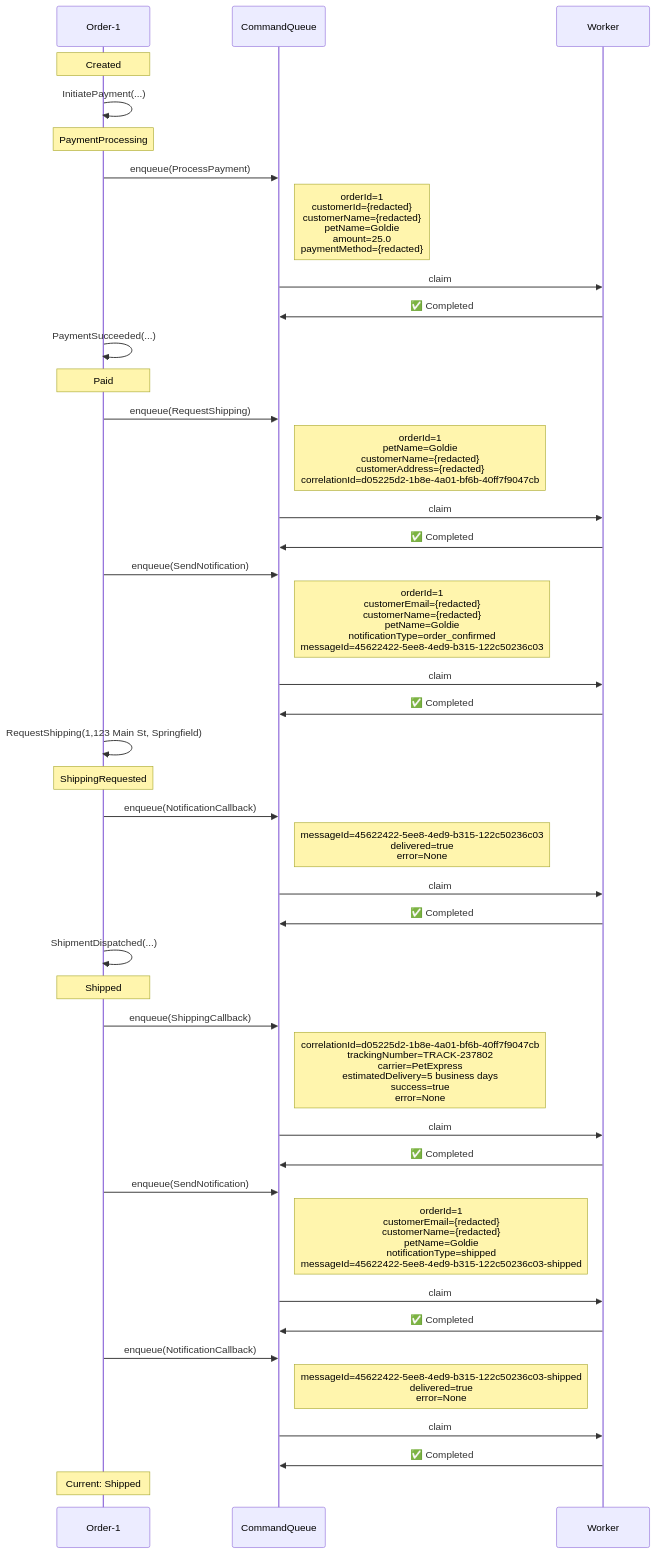
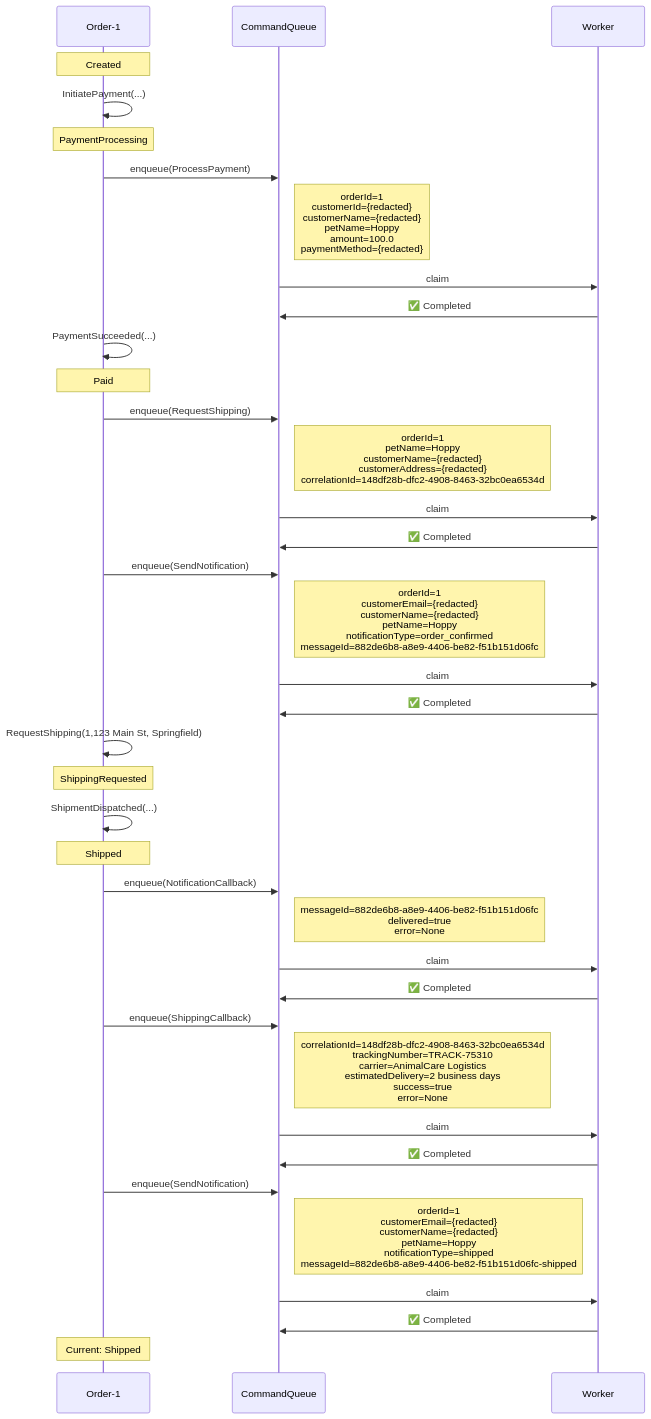
One commit to Iterable/mechanoid changed the first of 3 diagrams in docs/visualizations/order-1-trace.md. Above: the diagram before and after it, drawn with Mermaid. The commit also changed other lines of this file and 23 other files, not shown here.

````diff
--- a/docs/visualizations/order-1-trace.md
+++ b/docs/visualizations/order-1-trace.md
@@ -11,46 +11,42 @@
 ```mermaid
 %%{init: {'themeCSS': '.noteText { text-align: left !important; }'}}%%
 sequenceDiagram
     participant FSM as Order-1
     participant CQ as CommandQueue
     participant W as Worker
 
     Note over FSM: Created
     FSM->>FSM: InitiatePayment(...)
     Note over FSM: PaymentProcessing
     FSM->>CQ: enqueue(ProcessPayment)
-    Note right of CQ: orderId=1<br/>customerId={redacted}<br/>customerName={redacted}<br/>petName=Goldie<br/>amount=25.0<br/>paymentMethod={redacted}
+    Note right of CQ: orderId=1<br/>customerId={redacted}<br/>customerName={redacted}<br/>petName=Hoppy<br/>amount=100.0<br/>paymentMethod={redacted}
     CQ->>W: claim
     W->>CQ: ✅ Completed
     FSM->>FSM: PaymentSucceeded(...)
     Note over FSM: Paid
     FSM->>CQ: enqueue(RequestShipping)
-    Note right of CQ: orderId=1<br/>petName=Goldie<br/>customerName={redacted}<br/>customerAddress={redacted}<br/>correlationId=d05225d2-1b8e-4a01-bf6b-40ff7f9047cb
+    Note right of CQ: orderId=1<br/>petName=Hoppy<br/>customerName={redacted}<br/>customerAddress={redacted}<br/>correlationId=148df28b-dfc2-4908-8463-32bc0ea6534d
     CQ->>W: claim
     W->>CQ: ✅ Completed
     FSM->>CQ: enqueue(SendNotification)
-    Note right of CQ: orderId=1<br/>customerEmail={redacted}<br/>customerName={redacted}<br/>petName=Goldie<br/>notificationType=order_confirmed<br/>messageId=45622422-5ee8-4ed9-b315-122c50236c03
+    Note right of CQ: orderId=1<br/>customerEmail={redacted}<br/>customerName={redacted}<br/>petName=Hoppy<br/>notificationType=order_confirmed<br/>messageId=882de6b8-a8e9-4406-be82-f51b151d06fc
     CQ->>W: claim
     W->>CQ: ✅ Completed
     FSM->>FSM: RequestShipping(1,123 Main St, Springfield)
     Note over FSM: ShippingRequested
+    FSM->>FSM: ShipmentDispatched(...)
+    Note over FSM: Shipped
     FSM->>CQ: enqueue(NotificationCallback)
-    Note right of CQ: messageId=45622422-5ee8-4ed9-b315-122c50236c03<br/>delivered=true<br/>error=None
+    Note right of CQ: messageId=882de6b8-a8e9-4406-be82-f51b151d06fc<br/>delivered=true<br/>error=None
     CQ->>W: claim
     W->>CQ: ✅ Completed
-    FSM->>FSM: ShipmentDispatched(...)
-    Note over FSM: Shipped
     FSM->>CQ: enqueue(ShippingCallback)
-    Note right of CQ: correlationId=d05225d2-1b8e-4a01-bf6b-40ff7f9047cb<br/>trackingNumber=TRACK-237802<br/>carrier=PetExpress<br/>estimatedDelivery=5 business days<br/>success=true<br/>error=None
+    Note right of CQ: correlationId=148df28b-dfc2-4908-8463-32bc0ea6534d<br/>trackingNumber=TRACK-75310<br/>carrier=AnimalCare Logistics<br/>estimatedDelivery=2 business days<br/>success=true<br/>error=None
     CQ->>W: claim
     W->>CQ: ✅ Completed
     FSM->>CQ: enqueue(SendNotification)
-    Note right of CQ: orderId=1<br/>customerEmail={redacted}<br/>customerName={redacted}<br/>petName=Goldie<br/>notificationType=shipped<br/>messageId=45622422-5ee8-4ed9-b315-122c50236c03-shipped
-    CQ->>W: claim
-    W->>CQ: ✅ Completed
-    FSM->>CQ: enqueue(NotificationCallback)
-    Note right of CQ: messageId=45622422-5ee8-4ed9-b315-122c50236c03-shipped<br/>delivered=true<br/>error=None
+    Note right of CQ: orderId=1<br/>customerEmail={redacted}<br/>customerName={redacted}<br/>petName=Hoppy<br/>notificationType=shipped<br/>messageId=882de6b8-a8e9-4406-be82-f51b151d06fc-shipped
     CQ->>W: claim
     W->>CQ: ✅ Completed
     Note over FSM: Current: Shipped
 ```
````
